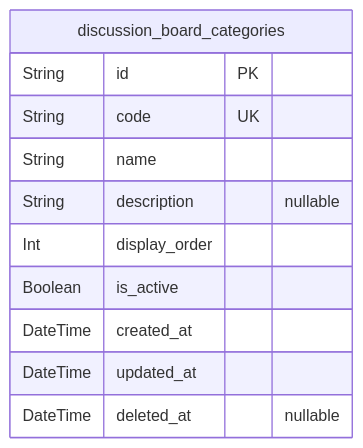
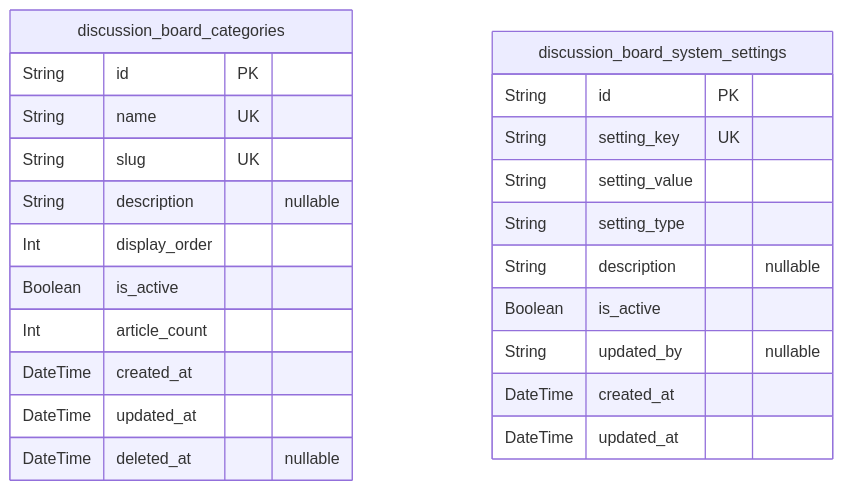
The first of 7 diagrams in anthropic/claude-haiku-4.5/bbs/docs/ERD.md (wrtnlabs/autobe-examples), drawn with Mermaid before and after one commit. The commit also changed other lines of this file and 22498 other files, not shown here.

````diff
--- a/anthropic/claude-haiku-4.5/bbs/docs/ERD.md
+++ b/anthropic/claude-haiku-4.5/bbs/docs/ERD.md
@@ -14,14 +15,26 @@
 ```mermaid
 erDiagram
 "discussion_board_categories" {
   String id PK
-  String code UK
-  String name
+  String name UK
+  String slug UK
   String description "nullable"
   Int display_order
   Boolean is_active
+  Int article_count
   DateTime created_at
   DateTime updated_at
   DateTime deleted_at "nullable"
 }
+"discussion_board_system_settings" {
+  String id PK
+  String setting_key UK
+  String setting_value
+  String setting_type
+  String description "nullable"
+  Boolean is_active
+  String updated_by "nullable"
+  DateTime created_at
+  DateTime updated_at
+}
 ```
````
